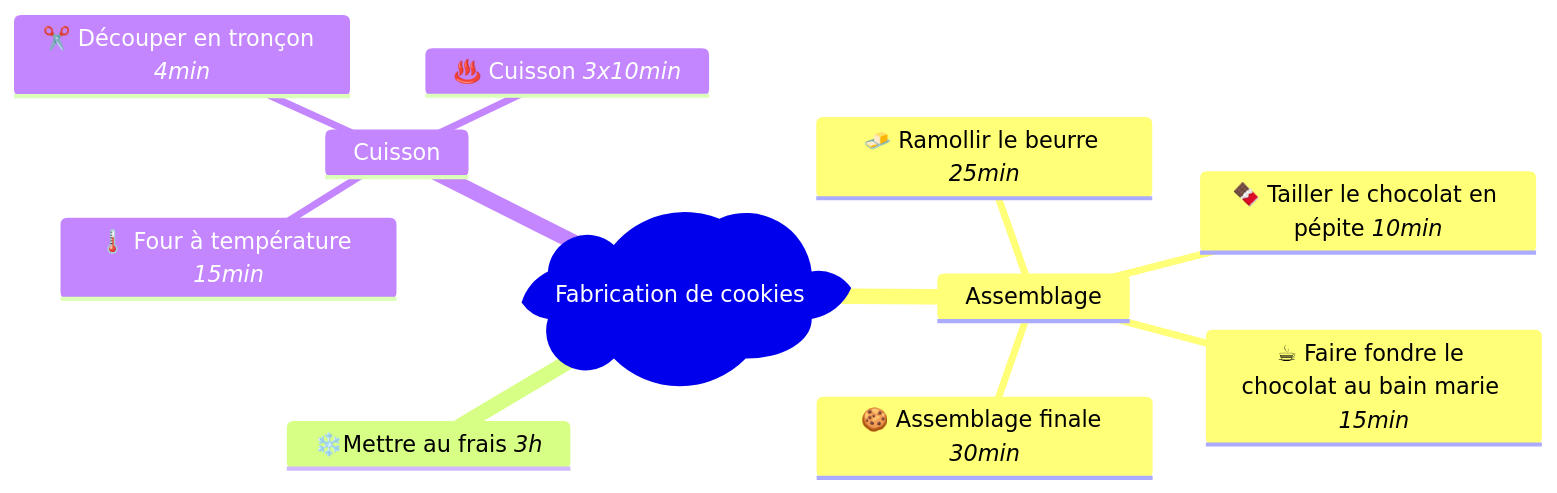
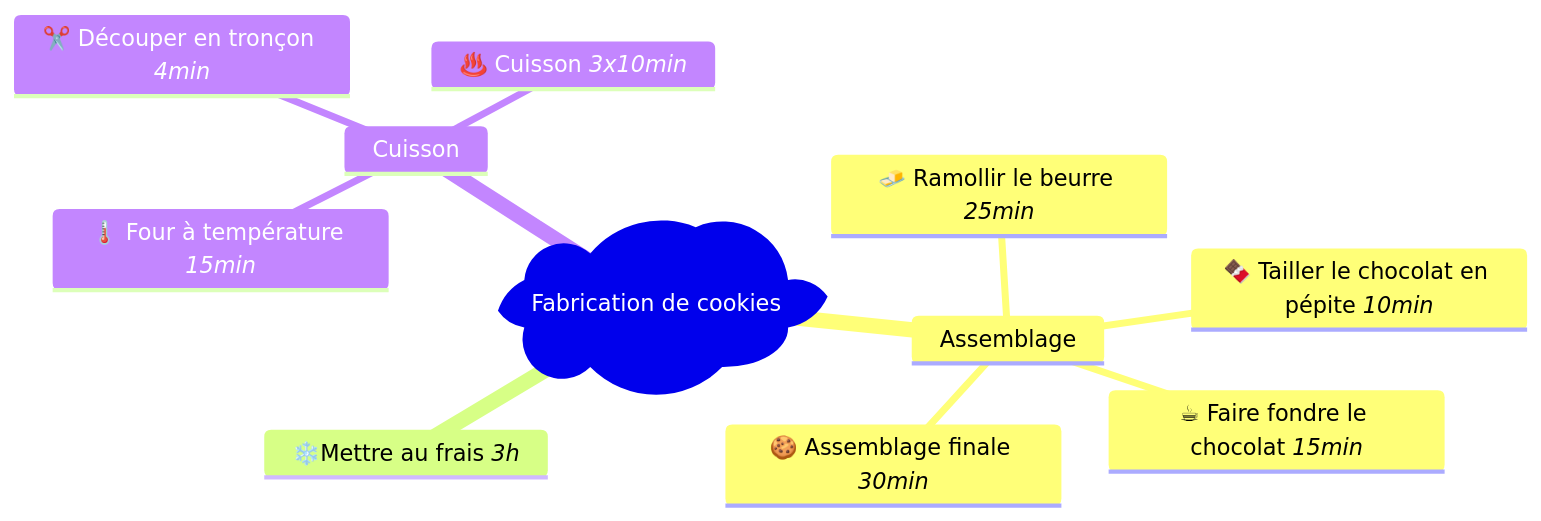
The first of 5 diagrams in README.md (malnoe/TpGestionProjet), drawn with Mermaid before and after one commit. The commit also changed other lines of this file, not shown here.

Commit message:
Fix error durée beurre Gantt

````diff
--- a/README.md
+++ b/README.md
@@ -70,14 +70,14 @@
 ```mermaid
 mindmap
   root)Fabrication de cookies(
     Assemblage
         🧈 Ramollir le beurre *25min*
-        ☕ Faire fondre le chocolat au bain marie *15min*
+        ☕ Faire fondre le chocolat *15min*
         🍫 Tailler le chocolat en pépite *10min*
         🍪 Assemblage finale *30min*
     ❄️Mettre au frais *3h*
     Cuisson
         🌡️ Four à température *15min*
         ✂️ Découper en tronçon *4min*
         ♨️ Cuisson *3x10min*
 ```
````
